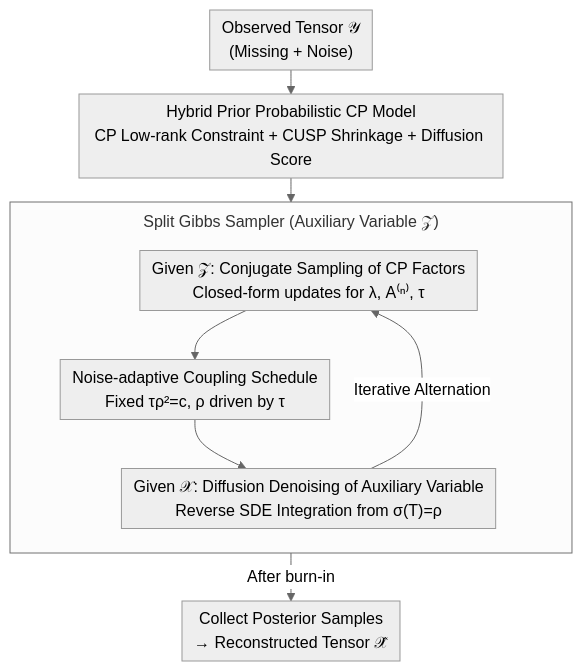
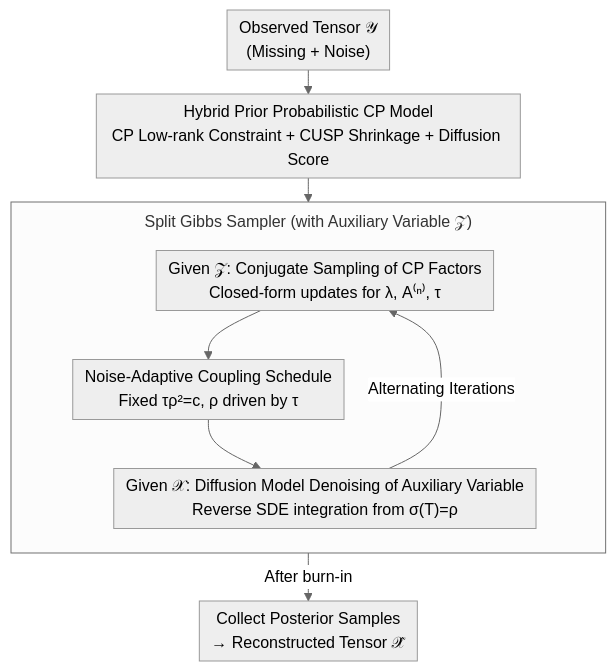
One commit to zhaoyang97/Paper-Notes-en changed the diagram in docs/ICML2026/image_generation/bayesian_tensor_decomposition_with_diffusion_model_prior.md. Above: the diagram before and after it, drawn with Mermaid (neutral theme). The commit also changed other lines of this file and 5084 other files, not shown here.

````diff
--- a/docs/ICML2026/image_generation/bayesian_tensor_decomposition_with_diffusion_model_prior.md
+++ b/docs/ICML2026/image_generation/bayesian_tensor_decomposition_with_diffusion_model_prior.md
@@ -44,13 +44,13 @@
 ```mermaid
 %%{init: {'flowchart': {'rankSpacing': 24, 'nodeSpacing': 28, 'padding': 6, 'wrappingWidth': 400, 'subGraphTitleMargin': {'top': 8, 'bottom': 16}}}}%%
 flowchart TD
     Y["Observed Tensor 𝒴<br/>(Missing + Noise)"] --> M["Hybrid Prior Probabilistic CP Model<br/>CP Low-rank Constraint + CUSP Shrinkage + Diffusion Score"]
     M --> SG
-    subgraph SG["Split Gibbs Sampler (Auxiliary Variable 𝒵)"]
+    subgraph SG["Split Gibbs Sampler (with Auxiliary Variable 𝒵)"]
         direction TB
-        A["Given 𝒵: Conjugate Sampling of CP Factors<br/>Closed-form updates for λ, A⁽ⁿ⁾, τ"] --> C["Noise-adaptive Coupling Schedule<br/>Fixed τρ²=c, ρ driven by τ"]
-        C --> B["Given 𝒳: Diffusion Denoising of Auxiliary Variable<br/>Reverse SDE Integration from σ(T)=ρ"]
-        B -->|Iterative Alternation| A
+        A["Given 𝒵: Conjugate Sampling of CP Factors<br/>Closed-form updates for λ, A⁽ⁿ⁾, τ"] --> C["Noise-Adaptive Coupling Schedule<br/>Fixed τρ²=c, ρ driven by τ"]
+        C --> B["Given 𝒳: Diffusion Model Denoising of Auxiliary Variable<br/>Reverse SDE integration from σ(T)=ρ"]
+        B -->|Alternating Iterations| A
     end
     SG -->|After burn-in| O["Collect Posterior Samples<br/>→ Reconstructed Tensor 𝒳̂"]
 ```
````
